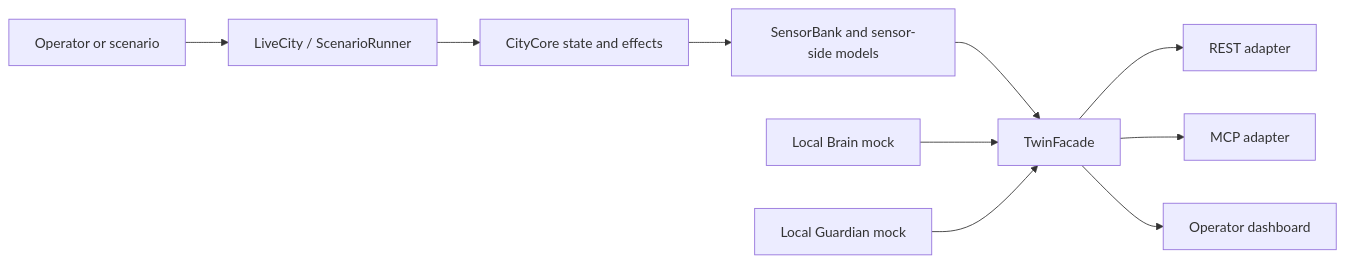
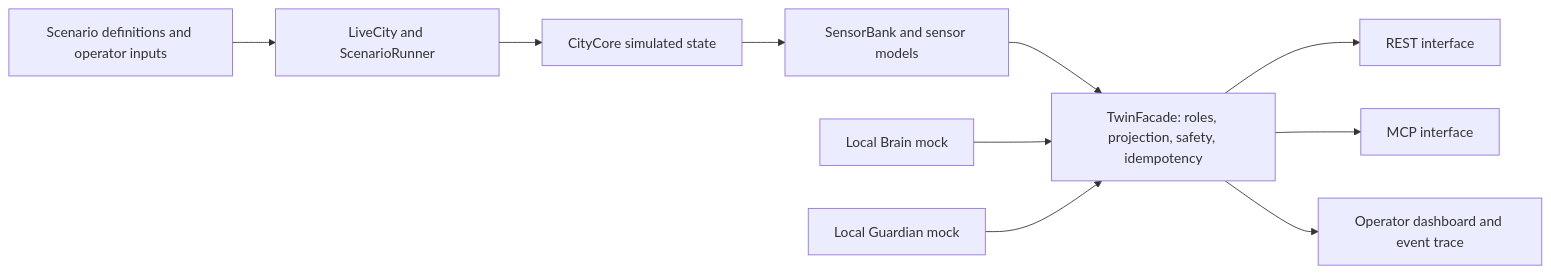
The diagram in docs/ARCHITECTURE.md (dhouhaichaouii/CS-TSYP-TWIN-LAYER), drawn with Mermaid before and after one commit. The commit also changed other lines of this file and 26 other files, not shown here.

````diff
--- a/docs/ARCHITECTURE.md
+++ b/docs/ARCHITECTURE.md
@@ -7,12 +7,12 @@
 ```mermaid
 flowchart LR
-  O[Operator or scenario] --> L[LiveCity / ScenarioRunner]
-  L --> C[CityCore state and effects]
-  C --> S[SensorBank and sensor-side models]
-  S --> F[TwinFacade]
-  F --> R[REST adapter]
-  F --> M[MCP adapter]
-  F --> UI[Operator dashboard]
-  BM[Local Brain mock] --> F
-  GM[Local Guardian mock] --> F
+  Scenario[Scenario definitions and operator inputs] --> Live[LiveCity and ScenarioRunner]
+  Live --> Core[CityCore simulated state]
+  Core --> Sensors[SensorBank and sensor models]
+  Sensors --> Facade[TwinFacade: roles, projection, safety, idempotency]
+  Facade --> REST[REST interface]
+  Facade --> MCP[MCP interface]
+  Facade --> Dashboard[Operator dashboard and event trace]
+  BrainMock[Local Brain mock] --> Facade
+  GuardianMock[Local Guardian mock] --> Facade
 ```
````
